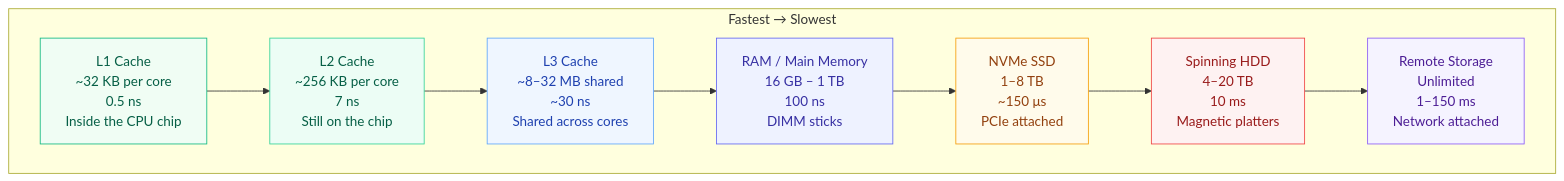
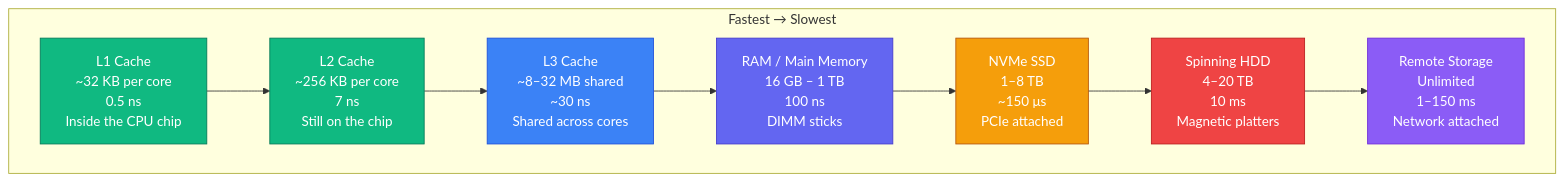
One commit to devops-monk/system-design-blog changed the eighth of 10 diagrams in content/posts/2026/back-of-the-envelope-estimation.md. Above: the diagram before and after it, drawn with Mermaid. The commit also changed other lines of this file and 5 other files, not shown here.

````diff
--- a/content/posts/2026/back-of-the-envelope-estimation.md
+++ b/content/posts/2026/back-of-the-envelope-estimation.md
@@ -456,21 +495,21 @@
 ```mermaid
 graph TD
     subgraph "Fastest → Slowest"
         L1["L1 Cache\n~32 KB per core\n0.5 ns\nInside the CPU chip"]
         L2["L2 Cache\n~256 KB per core\n7 ns\nStill on the chip"]
         L3["L3 Cache\n~8–32 MB shared\n~30 ns\nShared across cores"]
         RAM["RAM / Main Memory\n16 GB – 1 TB\n100 ns\nDIMM sticks"]
         SSD["NVMe SSD\n1–8 TB\n~150 μs\nPCIe attached"]
         HDD["Spinning HDD\n4–20 TB\n10 ms\nMagnetic platters"]
         NET["Remote Storage\nUnlimited\n1–150 ms\nNetwork attached"]
     end
     L1 --> L2 --> L3 --> RAM --> SSD --> HDD --> NET
 
-    style L1 fill:#F0FDF4,stroke:#10B981,color:#065F46
-    style L2 fill:#ECFDF5,stroke:#34D399,color:#065F46
-    style L3 fill:#EFF6FF,stroke:#60A5FA,color:#1E40AF
-    style RAM fill:#EEF2FF,stroke:#6366F1,color:#3730A3
-    style SSD fill:#FFFBEB,stroke:#F59E0B,color:#92400E
-    style HDD fill:#FEF2F2,stroke:#EF4444,color:#991B1B
-    style NET fill:#F5F3FF,stroke:#8B5CF6,color:#4C1D95
+    style L1 fill:#10B981,stroke:#047857,color:#fff
+    style L2 fill:#10B981,stroke:#047857,color:#fff
+    style L3 fill:#3B82F6,stroke:#1D4ED8,color:#fff
+    style RAM fill:#6366F1,stroke:#4338CA,color:#fff
+    style SSD fill:#F59E0B,stroke:#B45309,color:#fff
+    style HDD fill:#EF4444,stroke:#B91C1C,color:#fff
+    style NET fill:#8B5CF6,stroke:#6D28D9,color:#fff
 ```
````
